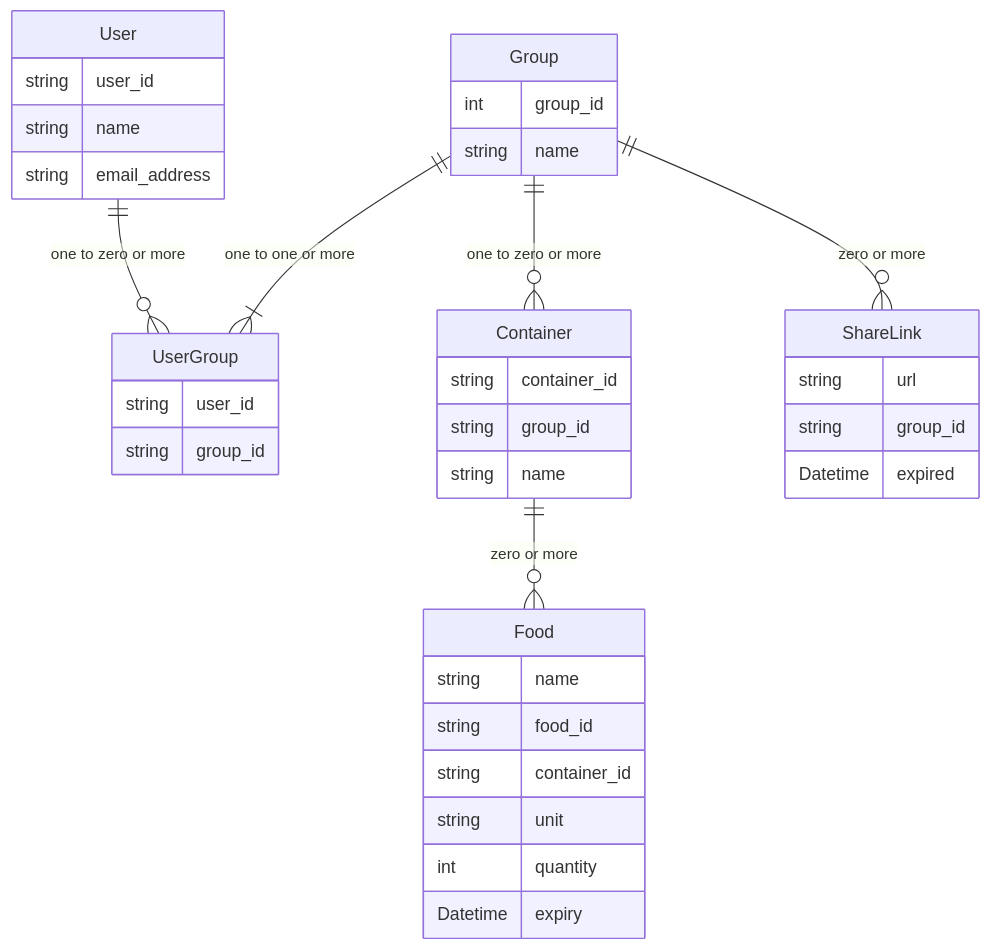
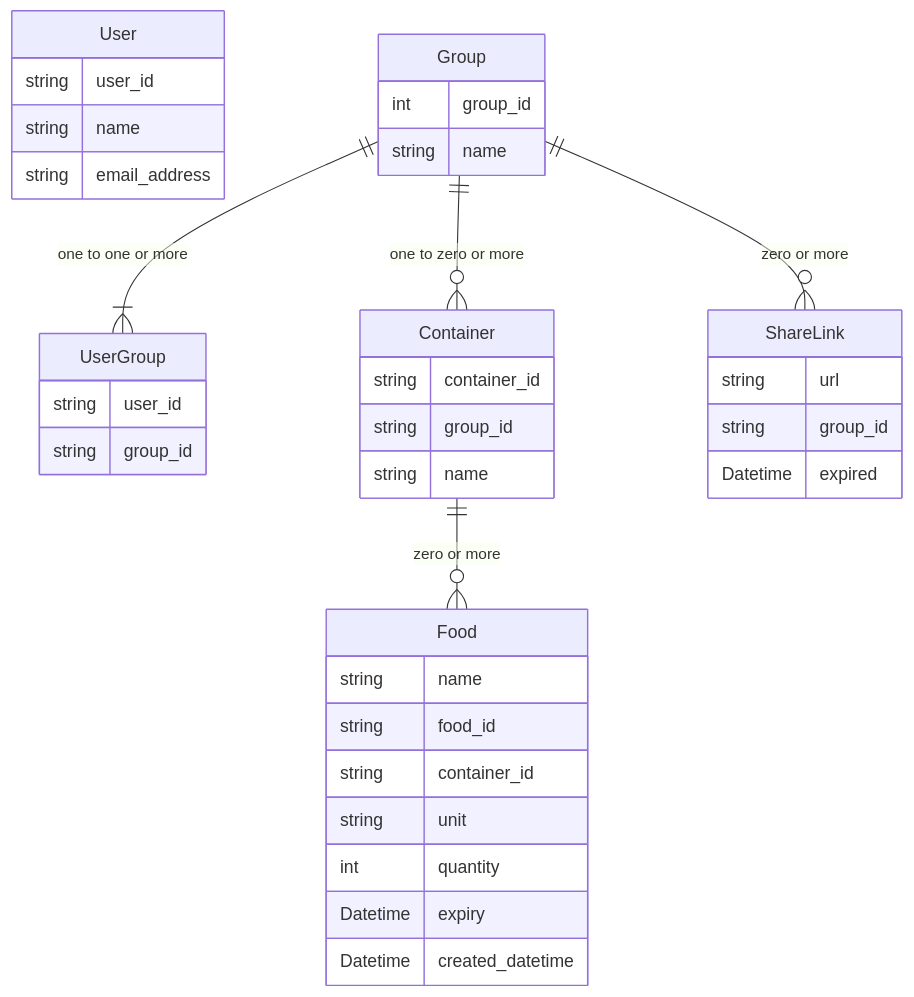
Before and after one commit to nishiki-tech/nishiki-documents: the diagram in project-document/docs/database/er-diagram.md, drawn with Mermaid. The commit also changed 2 other files, not shown here.

Commit message:
Docs/50 add a db document (#51)
* feature: changed dir

* feature: updated a data structure

* chore: fixed info sections and tables style

* chore: fixed elements

* chore: fixed wording

* chore: updated a Attributes section

* chore: moved the foods section

* chore: moved the GSI section

* chore: updated access patterns

* chore: updated access patterns

* feature: discarded the category

````diff
--- a/project-document/docs/database/er-diagram.md
+++ b/project-document/docs/database/er-diagram.md
@@ -3,48 +3,48 @@
 ```mermaid
 erDiagram
 
 User {
     string user_id
     string name
     string email_address
 }
 
 UserGroup {
     string user_id
     string group_id
 }
 
 Group {
     int group_id
     string name
 }
 
 Container {
     string container_id
     string group_id
     string name
 }
 
 Food {
     string name
     string food_id
     string container_id
     string unit
     int quantity
     Datetime expiry
+    Datetime created_datetime
 }
 
 ShareLink {
     string url
     string group_id
     Datetime expired
 }
 
-User ||--o{ UserGroup : "one to zero or more"
 Group ||--|{ UserGroup : "one to one or more"
 Group ||--o{ Container : "one to zero or more"
 Container ||--o{ Food : "zero or more"
 Group ||--o{ ShareLink : "zero or more"
 
 
 ```
````
